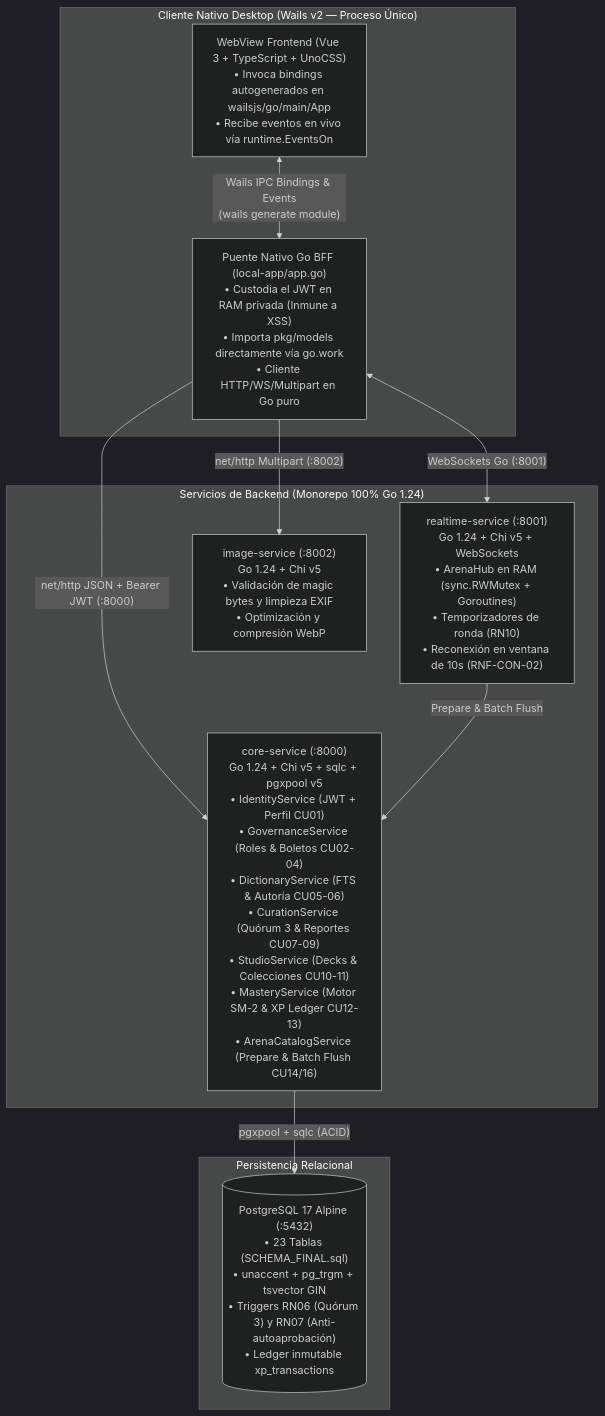
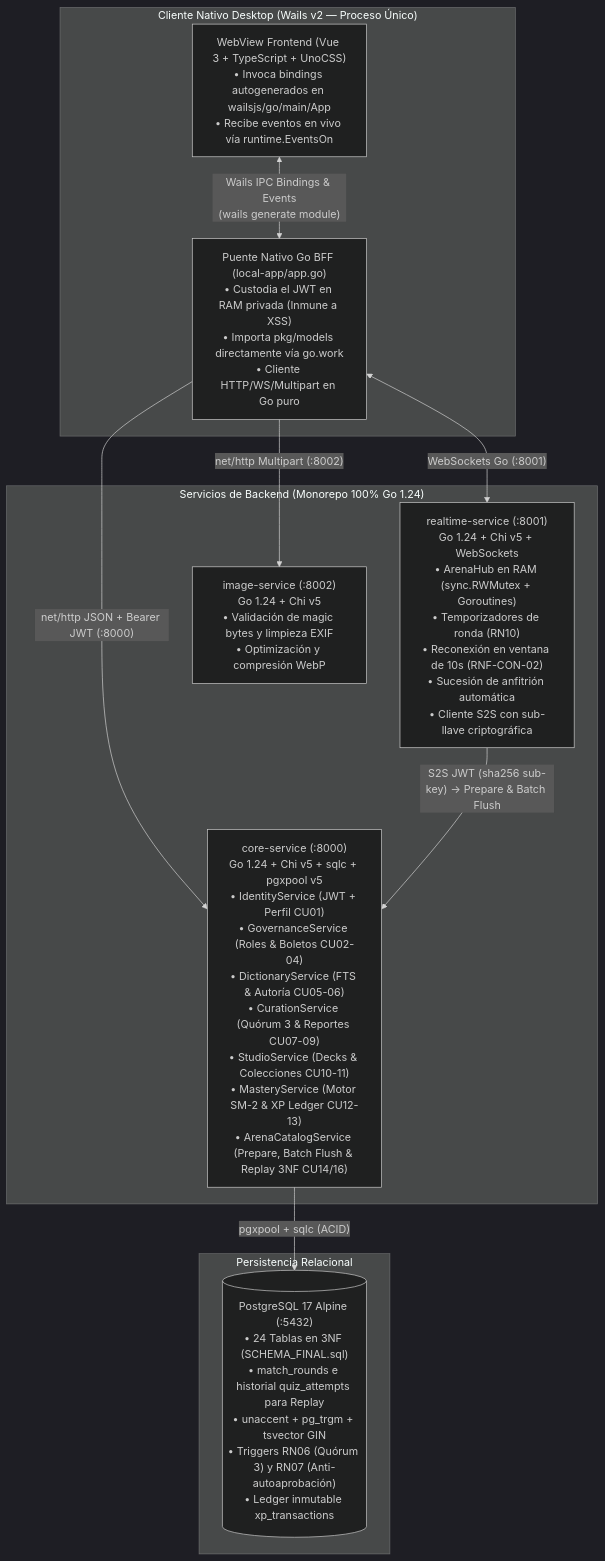
The diagram in .context/CONTEXT.md (OGShawnLee/palabrario), drawn with Mermaid (dark theme) before and after one commit. The commit also changed other lines of this file and 12 other files, not shown here.

First line of the commit message:
feat(core): implement S2S JWT auth, ArenaCatalogService, and 3NF match replay (CU14, CU16)

````diff
--- a/.context/CONTEXT.md
+++ b/.context/CONTEXT.md
@@ -45,25 +45,25 @@
 ```mermaid
 flowchart TD
     subgraph Desktop["Cliente Nativo Desktop (Wails v2 — Proceso Único)"]
         VueUI["WebView Frontend (Vue 3 + TypeScript + UnoCSS)\n• Invoca bindings autogenerados en wailsjs/go/main/App\n• Recibe eventos en vivo vía runtime.EventsOn"]
         WailsGo["Puente Nativo Go BFF (local-app/app.go)\n• Custodia el JWT en RAM privada (Inmune a XSS)\n• Importa pkg/models directamente vía go.work\n• Cliente HTTP/WS/Multipart en Go puro"]
         VueUI <-->|"Wails IPC Bindings & Events\n(wails generate module)"| WailsGo
     end
 
     subgraph BackendGo["Servicios de Backend (Monorepo 100% Go 1.24)"]
-        Core["core-service (:8000)\nGo 1.24 + Chi v5 + sqlc + pgxpool v5\n• IdentityService (JWT + Perfil CU01)\n• GovernanceService (Roles & Boletos CU02-04)\n• DictionaryService (FTS & Autoría CU05-06)\n• CurationService (Quórum 3 & Reportes CU07-09)\n• StudioService (Decks & Colecciones CU10-11)\n• MasteryService (Motor SM-2 & XP Ledger CU12-13)\n• ArenaCatalogService (Prepare & Batch Flush CU14/16)"]
-        Realtime["realtime-service (:8001)\nGo 1.24 + Chi v5 + WebSockets\n• ArenaHub en RAM (sync.RWMutex + Goroutines)\n• Temporizadores de ronda (RN10)\n• Reconexión en ventana de 10s (RNF-CON-02)"]
+        Core["core-service (:8000)\nGo 1.24 + Chi v5 + sqlc + pgxpool v5\n• IdentityService (JWT + Perfil CU01)\n• GovernanceService (Roles & Boletos CU02-04)\n• DictionaryService (FTS & Autoría CU05-06)\n• CurationService (Quórum 3 & Reportes CU07-09)\n• StudioService (Decks & Colecciones CU10-11)\n• MasteryService (Motor SM-2 & XP Ledger CU12-13)\n• ArenaCatalogService (Prepare, Batch Flush & Replay 3NF CU14/16)"]
+        Realtime["realtime-service (:8001)\nGo 1.24 + Chi v5 + WebSockets\n• ArenaHub en RAM (sync.RWMutex + Goroutines)\n• Temporizadores de ronda (RN10)\n• Reconexión en ventana de 10s (RNF-CON-02)\n• Sucesión de anfitrión automática\n• Cliente S2S con sub-llave criptográfica"]
         ImageSvc["image-service (:8002)\nGo 1.24 + Chi v5\n• Validación de magic bytes y limpieza EXIF\n• Optimización y compresión WebP"]
     end
 
     subgraph Datos["Persistencia Relacional"]
-        Postgres[("PostgreSQL 17 Alpine (:5432)\n• 23 Tablas (SCHEMA_FINAL.sql)\n• unaccent + pg_trgm + tsvector GIN\n• Triggers RN06 (Quórum 3) y RN07 (Anti-autoaprobación)\n• Ledger inmutable xp_transactions")]
+        Postgres[("PostgreSQL 17 Alpine (:5432)\n• 24 Tablas en 3NF (SCHEMA_FINAL.sql)\n• match_rounds e historial quiz_attempts para Replay\n• unaccent + pg_trgm + tsvector GIN\n• Triggers RN06 (Quórum 3) y RN07 (Anti-autoaprobación)\n• Ledger inmutable xp_transactions")]
     end
 
     WailsGo -->|"net/http JSON + Bearer JWT (:8000)"| Core
     WailsGo <-->|"WebSockets Go (:8001)"| Realtime
     WailsGo -->|"net/http Multipart (:8002)"| ImageSvc
 
     Core -->|"pgxpool + sqlc (ACID)"| Postgres
-    Realtime -->|"Prepare & Batch Flush"| Core
+    Realtime -->|"S2S JWT (sha256 sub-key) -> Prepare & Batch Flush"| Core
 ```
````
